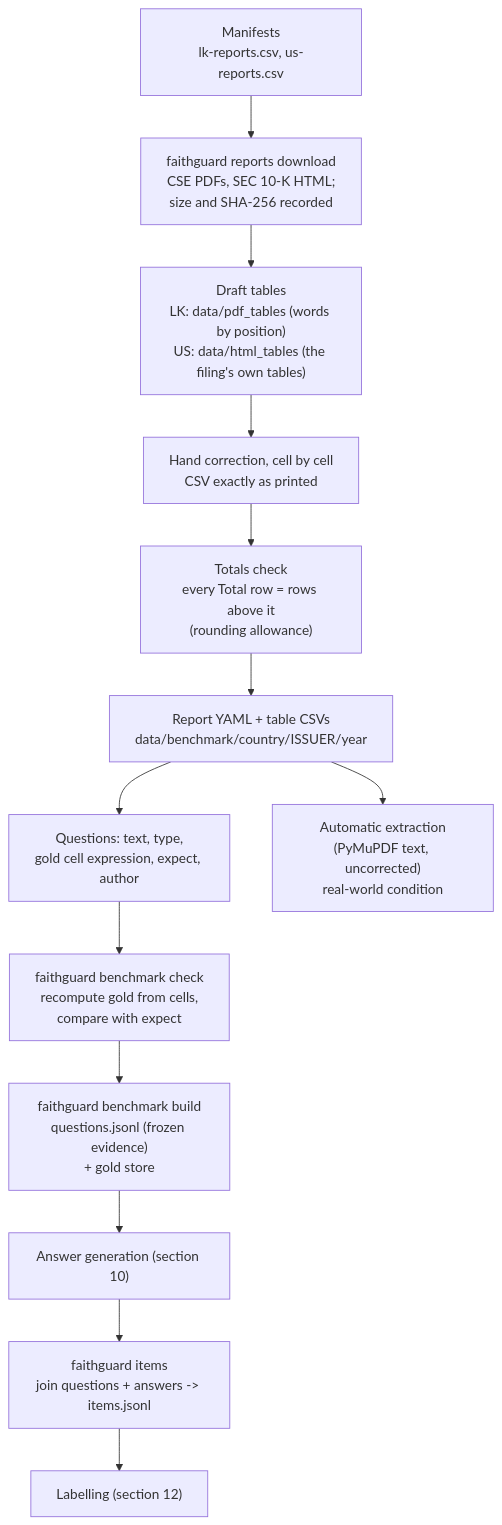
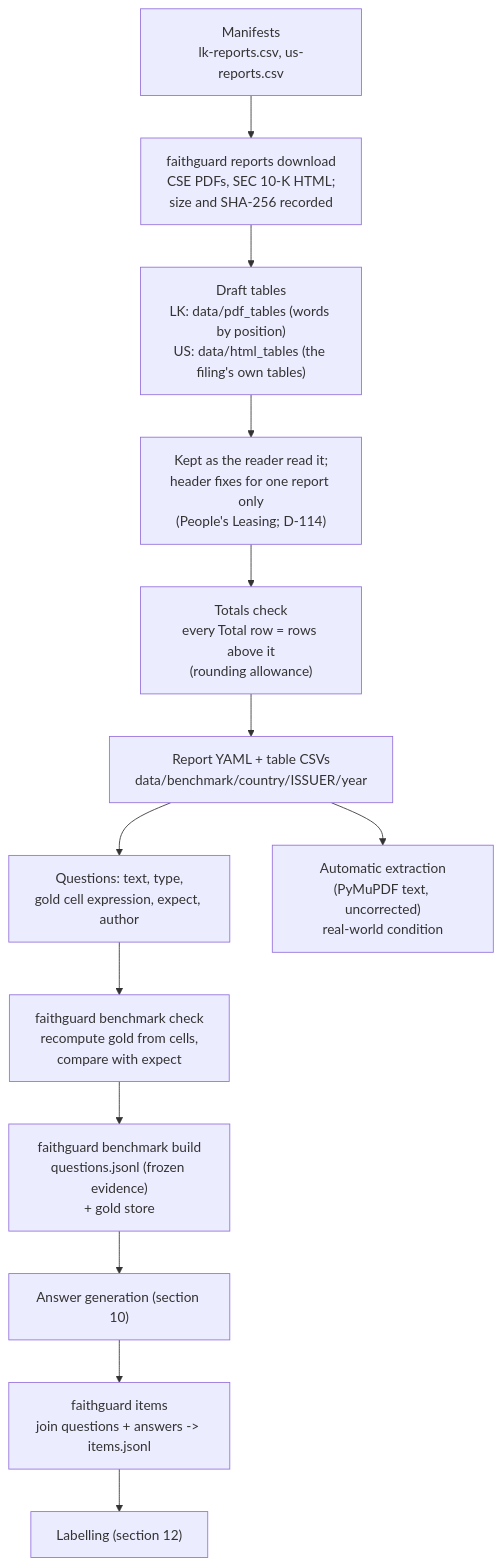
One commit to SharafThawfeek/FaithGurd-new changed diagram 25 of 32 in docs/architecture.md. Above: the diagram before and after it, drawn with Mermaid. The commit also changed other lines of this file and 38 other files, not shown here.

````diff
--- a/docs/architecture.md
+++ b/docs/architecture.md
@@ -774,15 +774,15 @@
 ```mermaid
 flowchart TD
     M["Manifests<br/>lk-reports.csv, us-reports.csv"] --> DL["faithguard reports download<br/>CSE PDFs, SEC 10-K HTML;<br/>size and SHA-256 recorded"]
     DL --> DR["Draft tables<br/>LK: data/pdf_tables (words by position)<br/>US: data/html_tables (the filing's own tables)"]
-    DR --> HC["Hand correction, cell by cell<br/>CSV exactly as printed"]
+    DR --> HC["Kept as the reader read it;<br/>header fixes for one report only<br/>(People's Leasing; D-114)"]
     HC --> CK["Totals check<br/>every Total row = rows above it<br/>(rounding allowance)"]
     CK --> Y["Report YAML + table CSVs<br/>data/benchmark/country/ISSUER/year"]
     Y --> QW["Questions: text, type,<br/>gold cell expression, expect, author"]
     QW --> BC["faithguard benchmark check<br/>recompute gold from cells,<br/>compare with expect"]
     BC --> BB["faithguard benchmark build<br/>questions.jsonl (frozen evidence)<br/>+ gold store"]
     BB --> GEN["Answer generation (section 10)"]
     GEN --> IT["faithguard items<br/>join questions + answers -> items.jsonl"]
     IT --> LAB["Labelling (section 12)"]
     Y --> AUTO["Automatic extraction<br/>(PyMuPDF text, uncorrected)<br/>real-world condition"]
 ```
````
